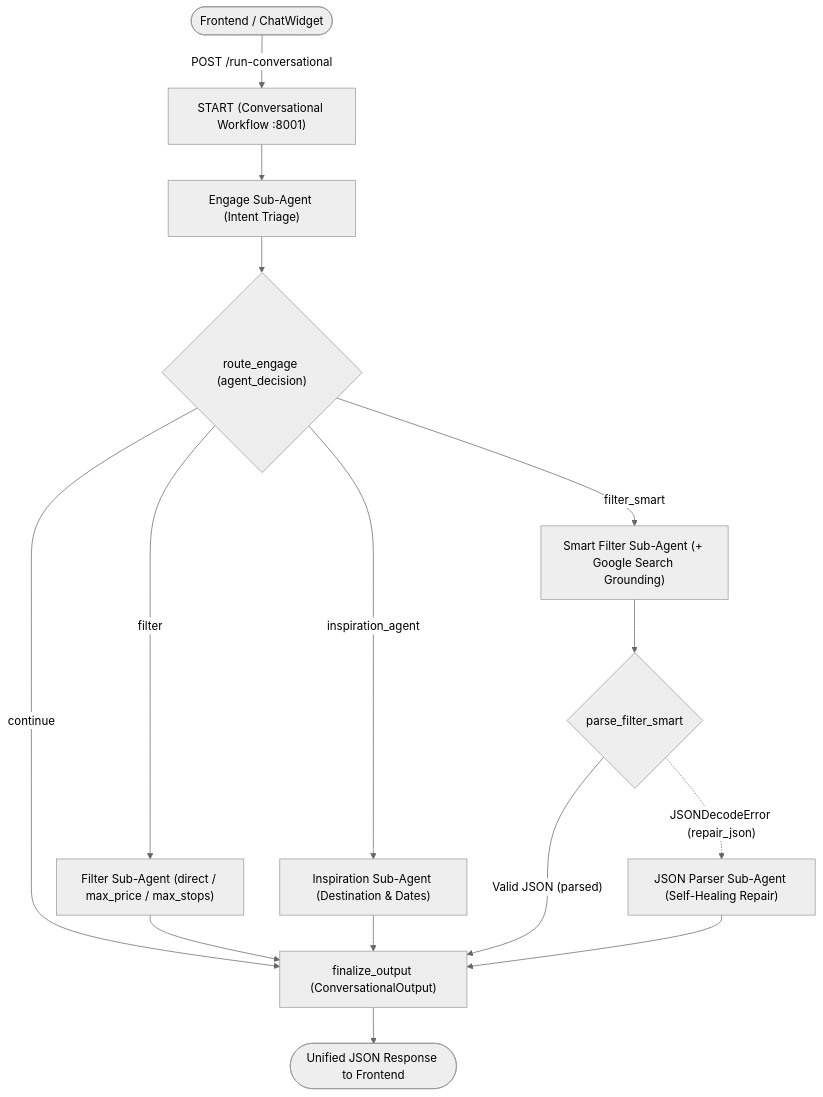
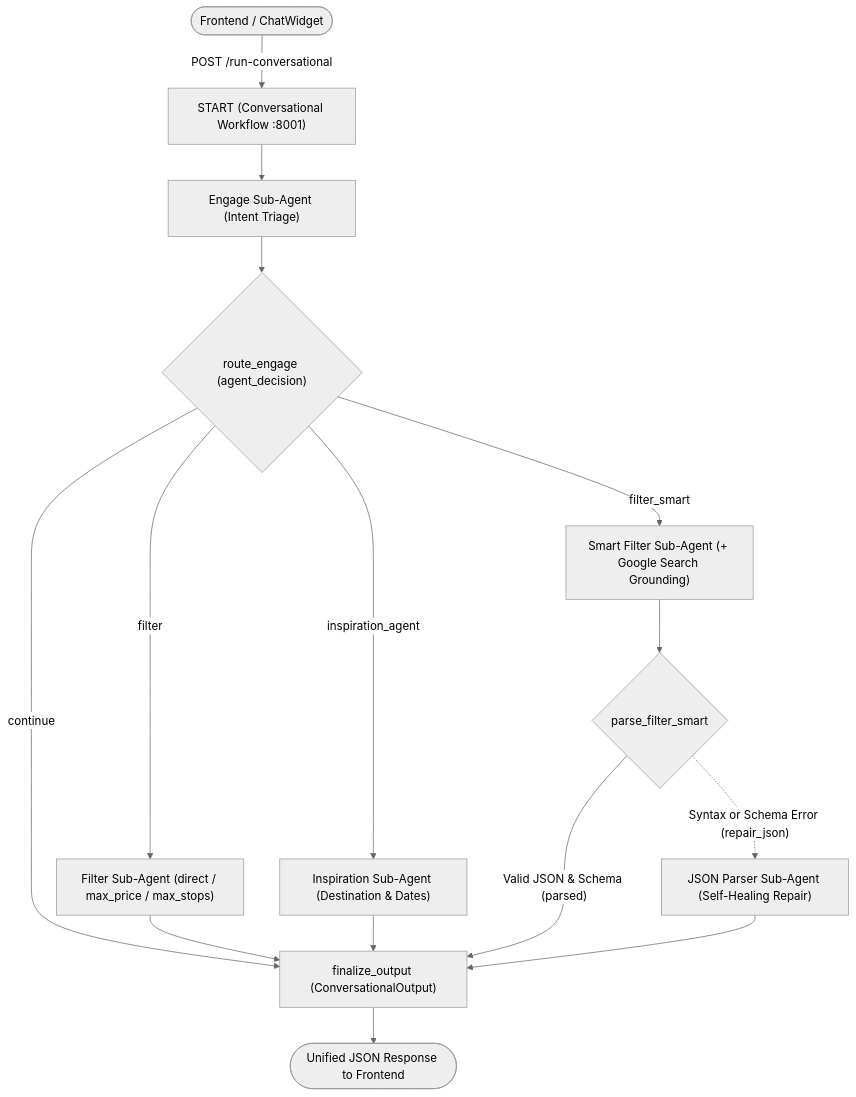
The diagram in conversational_app/README.md (maggiemhanna/travel_agent), drawn with Mermaid (neutral theme) before and after one commit. The commit also changed other lines of this file and 3 other files, not shown here.

````diff
--- a/conversational_app/README.md
+++ b/conversational_app/README.md
@@ -9,22 +9,22 @@
 ```mermaid
 graph TD
     Client(["Frontend / ChatWidget"]) -->|"POST /run-conversational"| StartNode["START (Conversational Workflow :8001)"]
     
     StartNode --> Engage["Engage Sub-Agent (Intent Triage)"]
     Engage --> RouteEngage{"route_engage (agent_decision)"}
     
     RouteEngage -->|"continue"| Finalize["finalize_output (ConversationalOutput)"]
     RouteEngage -->|"filter"| Filter["Filter Sub-Agent (direct / max_price / max_stops)"]
     RouteEngage -->|"filter_smart"| SmartFilter["Smart Filter Sub-Agent (+ Google Search Grounding)"]
     RouteEngage -->|"inspiration_agent"| Inspiration["Inspiration Sub-Agent (Destination & Dates)"]
     
     Filter --> Finalize
     Inspiration --> Finalize
     
     SmartFilter --> ParseSmart{"parse_filter_smart"}
-    ParseSmart -->|"Valid JSON (parsed)"| Finalize
-    ParseSmart -.->|"JSONDecodeError (repair_json)"| JSONParser["JSON Parser Sub-Agent (Self-Healing Repair)"]
+    ParseSmart -->|"Valid JSON & Schema (parsed)"| Finalize
+    ParseSmart -.->|"Syntax or Schema Error (repair_json)"| JSONParser["JSON Parser Sub-Agent (Self-Healing Repair)"]
     JSONParser --> Finalize
     
     Finalize --> ReturnClient(["Unified JSON Response to Frontend"])
 ```
````
